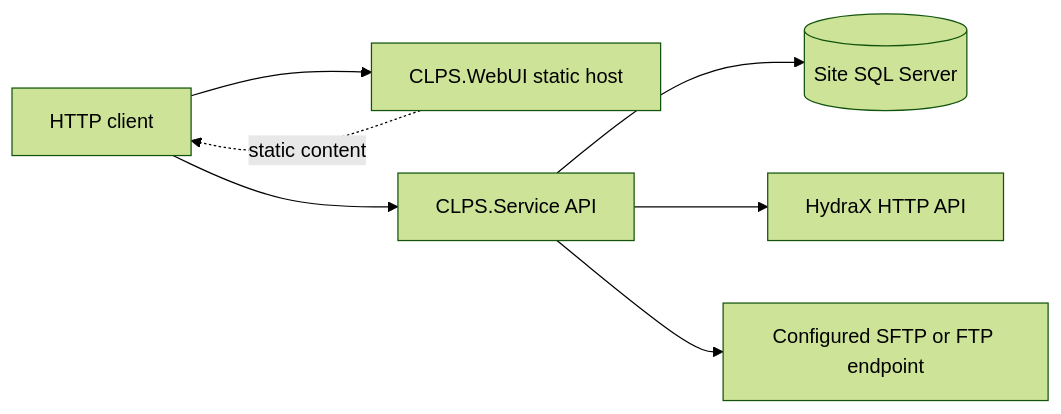
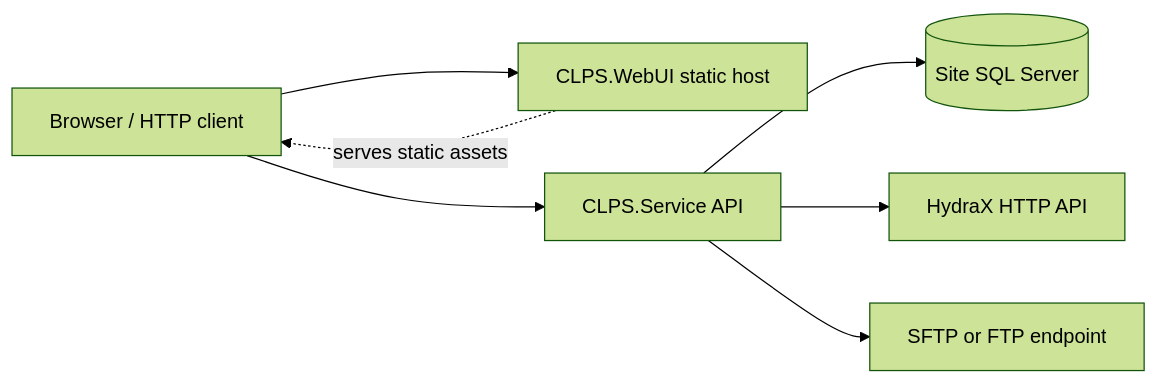
One commit to Raghavendra194/my-courses changed the first of 8 diagrams in Architecture-Analysis.md. Above: the diagram before and after it, drawn with Mermaid (forest theme). The commit also changed other lines of this file, not shown here.

````diff
--- a/Architecture-Analysis.md
+++ b/Architecture-Analysis.md
@@ -125,15 +109,15 @@
 ```mermaid
 flowchart LR
-  Client[HTTP client]
+  Browser[Browser / HTTP client]
   Web[CLPS.WebUI static host]
   API[CLPS.Service API]
-  SQL[(Site SQL Server)]
+  DB[(Site SQL Server)]
   Hydra[HydraX HTTP API]
-  Print[Configured SFTP or FTP endpoint]
-  Client --> Web
-  Client --> API
-  Web -. "static content" .-> Client
-  API --> SQL
+  Transfer[SFTP or FTP endpoint]
+  Browser --> Web
+  Browser --> API
+  Web -. serves static assets .-> Browser
+  API --> DB
   API --> Hydra
-  API --> Print
+  API --> Transfer
 ```
````
